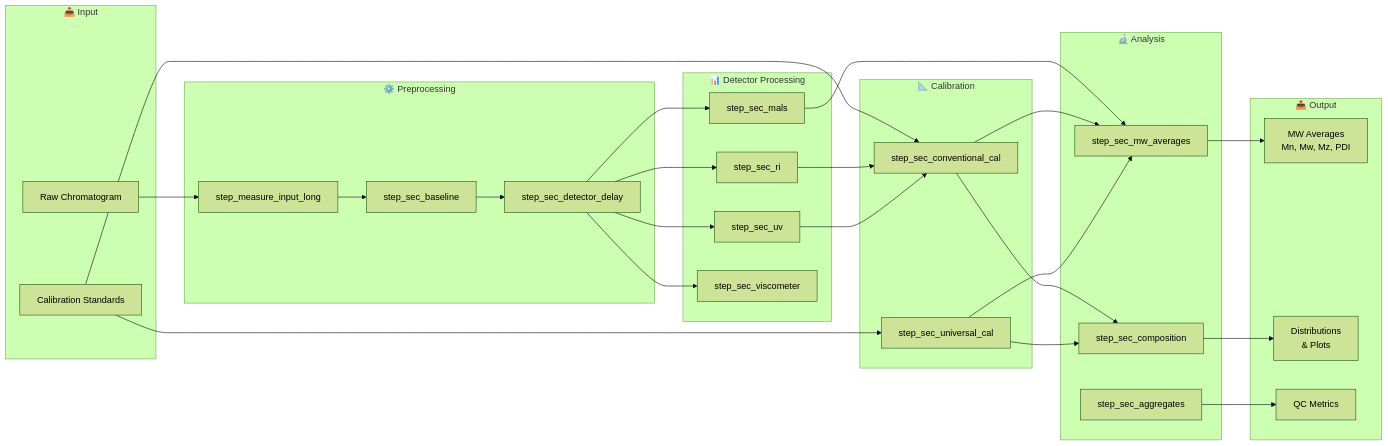
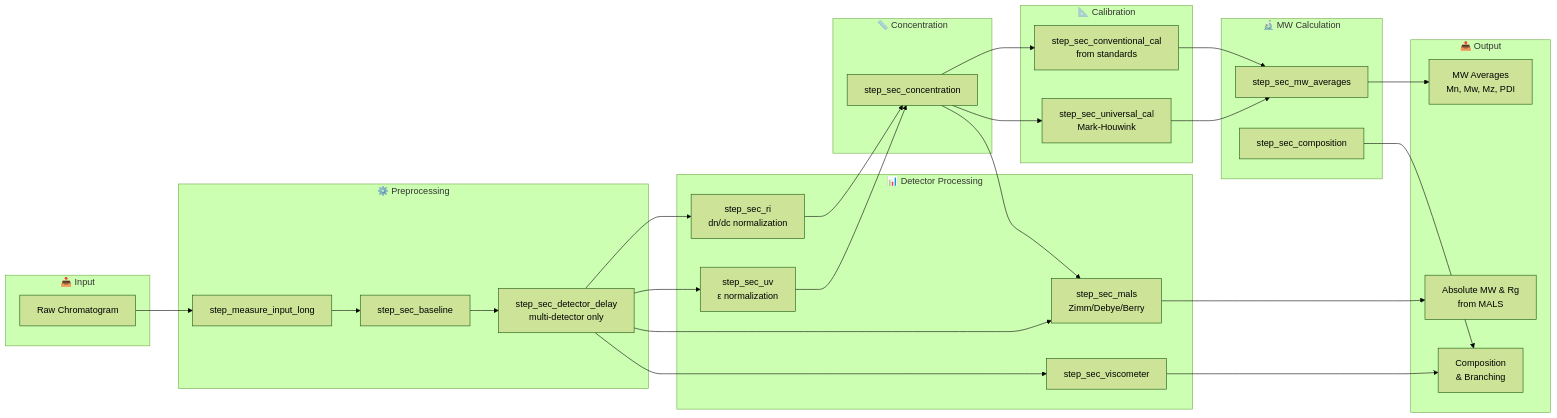
Before and after one commit to JamesHWade/measure.sec: the diagram in README.Rmd, drawn with Mermaid (forest theme). The commit also changed other lines of this file and 3 other files, not shown here.

First line of the commit message:
fix: Address PR review feedback for workflow diagrams

````diff
--- a/README.Rmd
+++ b/README.Rmd
@@ -42,49 +44,50 @@
 ```mermaid
 flowchart LR
     subgraph Input["📥 Input"]
         A[Raw Chromatogram]
-        B[Calibration Standards]
     end
 
     subgraph Preprocessing["⚙️ Preprocessing"]
         C[step_measure_input_long]
         D[step_sec_baseline]
-        E[step_sec_detector_delay]
+        E[step_sec_detector_delay<br>multi-detector only]
     end
 
     subgraph Detectors["📊 Detector Processing"]
-        F[step_sec_ri]
-        G[step_sec_uv]
-        H[step_sec_mals]
+        F[step_sec_ri<br>dn/dc normalization]
+        G[step_sec_uv<br>ε normalization]
+        H[step_sec_mals<br>Zimm/Debye/Berry]
         I[step_sec_viscometer]
     end
 
-    subgraph Calibration["📐 Calibration"]
-        J[step_sec_conventional_cal]
-        K[step_sec_universal_cal]
+    subgraph Concentration["📏 Concentration"]
+        F2[step_sec_concentration]
     end
 
-    subgraph Analysis["🔬 Analysis"]
+    subgraph Calibration["📐 Calibration"]
+        J[step_sec_conventional_cal<br>from standards]
+        K[step_sec_universal_cal<br>Mark-Houwink]
+    end
+
+    subgraph Analysis["🔬 MW Calculation"]
         L[step_sec_mw_averages]
         M[step_sec_composition]
-        N[step_sec_aggregates]
     end
 
     subgraph Output["📤 Output"]
         O[MW Averages<br>Mn, Mw, Mz, PDI]
-        P[Distributions<br>& Plots]
-        Q[QC Metrics]
+        P[Absolute MW & Rg<br>from MALS]
+        Q[Composition<br>& Branching]
     end
 
-    A --> C
-    C --> D
-    D --> E
+    A --> C --> D --> E
     E --> F & G & H & I
-    B --> J & K
-    F & G --> J
-    H --> L
-    J & K --> L & M
+    F & G --> F2
+    F2 --> J & K
+    F2 --> H
+    H --> P
+    J & K --> L
     L --> O
-    M --> P
-    N --> Q
+    I --> Q
+    M --> Q
 ```
````
